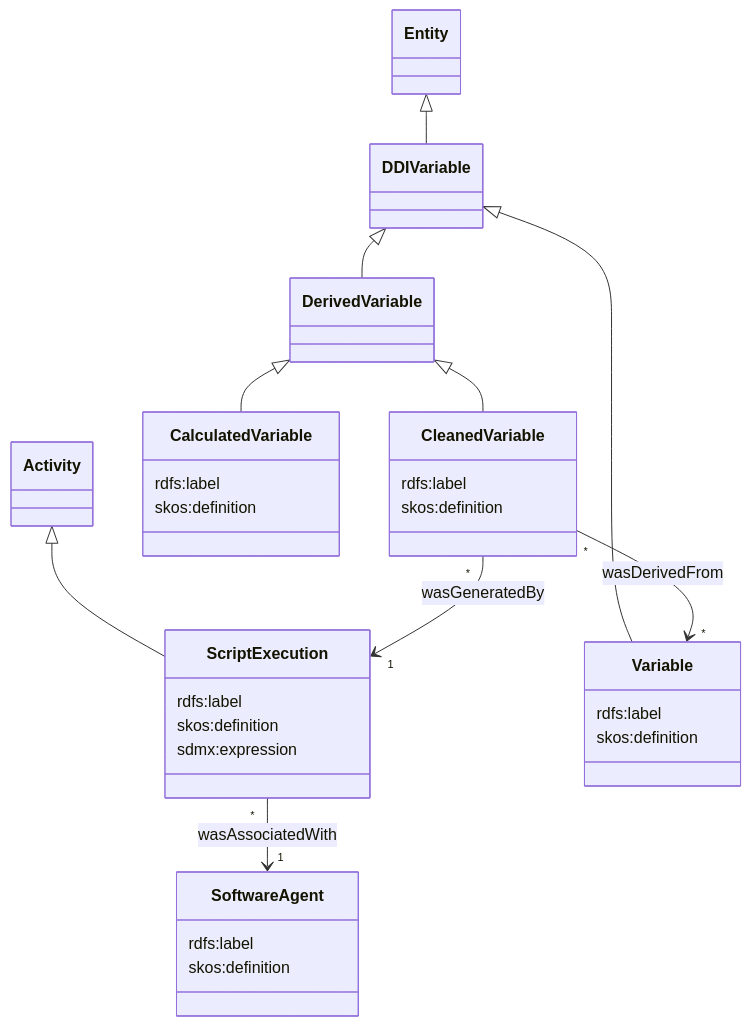
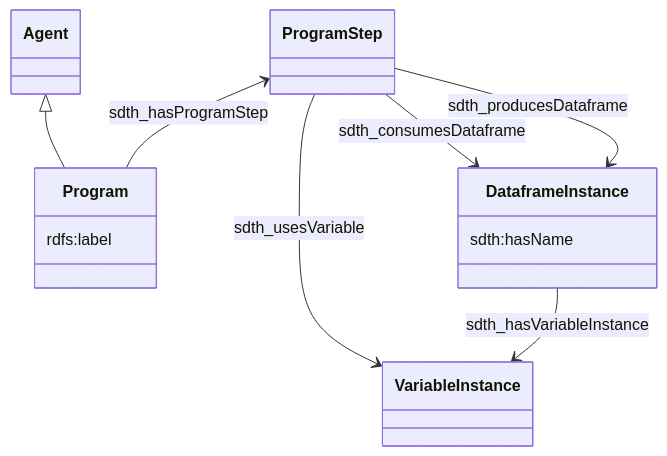
One commit to InseeFr/Trevas changed the second of 2 diagrams in vtl-prov/docs/model-v1.md. Above: the diagram before and after it, drawn with Mermaid.

````diff
--- a/vtl-prov/docs/model-v1.md
+++ b/vtl-prov/docs/model-v1.md
@@ -44,45 +44,23 @@
 ```mermaid
 classDiagram
-  class Entity {
+  class Agent {
   }
-  class DDIVariable {
+  class Program {
+    rdfs:label
   }
-  class Activity {
+  class ProgramStep {
   }
-  class DerivedVariable {
+  class VariableInstance {
   }
-  class CalculatedVariable {
-    rdfs:label
-    skos:definition
-  }
-  class CleanedVariable {
-    rdfs:label
-    skos:definition
-  }
-  class ScriptExecution {
-    rdfs:label
-    skos:definition
-    sdmx:expression
-  }
-  class Variable {
-    rdfs:label
-    skos:definition
-  }
-  class SoftwareAgent {
-    rdfs:label
-    skos:definition
+  class DataframeInstance {
+    sdth:hasName
   }
 
-  Entity <|-- DDIVariable
-  DDIVariable <|-- DerivedVariable
-  DerivedVariable <|-- CalculatedVariable
-  DerivedVariable <|-- CleanedVariable
-  DDIVariable <|-- Variable
+  Agent <|-- Program
+  ProgramStep <-- Program : sdth_hasProgramStep
+  ProgramStep --> VariableInstance : sdth_usesVariable
+  ProgramStep --> DataframeInstance : sdth_consumesDataframe
+  ProgramStep --> DataframeInstance : sdth_producesDataframe
+  DataframeInstance --> VariableInstance : sdth_hasVariableInstance
 
-  Activity <|-- ScriptExecution
-
-  CleanedVariable "*" --> "*" Variable : wasDerivedFrom
-  CleanedVariable "*" --> "1" ScriptExecution : wasGeneratedBy
-
-  ScriptExecution "*" --> "1" SoftwareAgent : wasAssociatedWith
 ```
````
